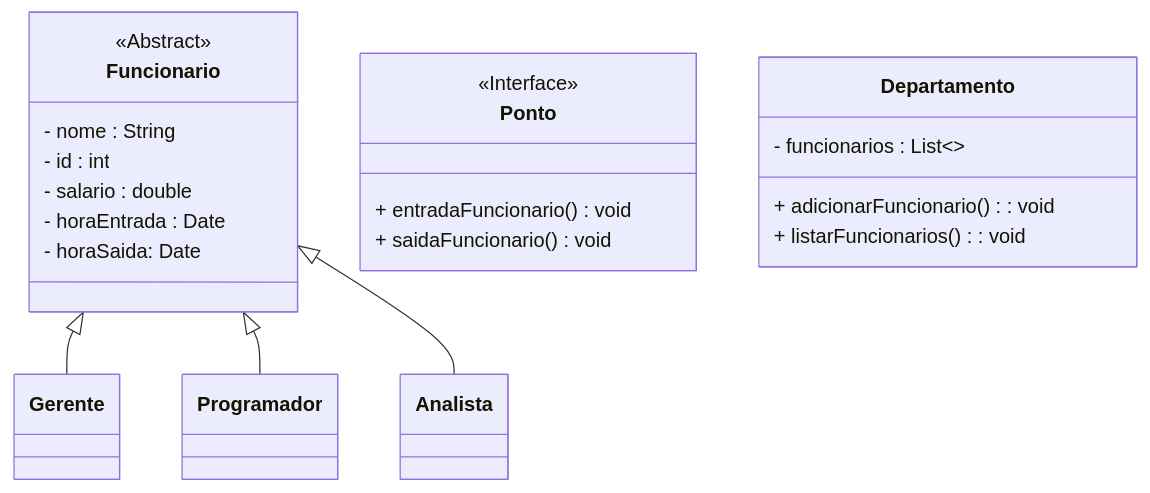
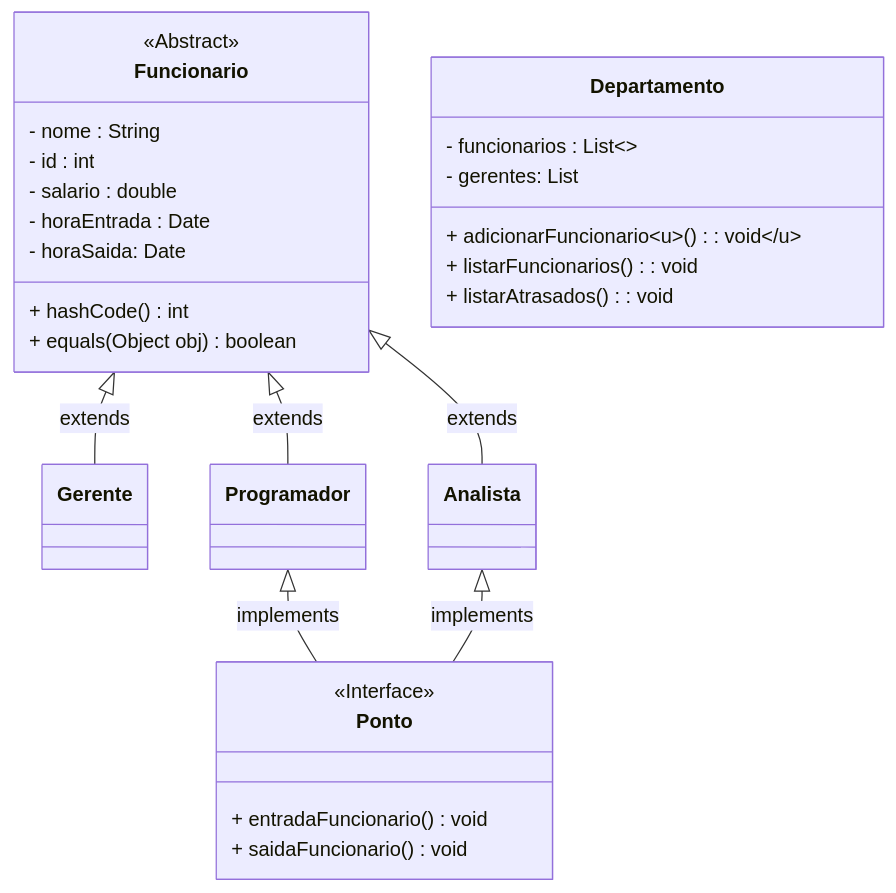
Before and after one commit to gabuh/lp1a3: the diagram in A4/README.md, drawn with Mermaid. The commit also changed other lines of this file, not shown here.

````diff
--- a/A4/README.md
+++ b/A4/README.md
@@ -27,44 +28,52 @@
 ```mermaid
 classDiagram
 
 class Funcionario{
   <<Abstract>>
   - nome : String
   - id : int
   - salario : double
   - horaEntrada : Date
   - horaSaida: Date
+
+  + hashCode() int
+  + equals(Object obj) boolean
 }
 
 class Gerente{
   
 }
 
 class Programador{
   
 }
 
 class Analista{
   
 }
 
 class Ponto{
   <<Interface>>
   + entradaFuncionario() void
   + saidaFuncionario() void
 }
 
 class Departamento{
   - funcionarios : List<>
+  - gerentes: List
   
-  + adicionarFuncionario() : void 
+  + adicionarFuncionario<U>() : void 
   + listarFuncionarios() : void
+  + listarAtrasados(): void
   
 }
 
-Funcionario <|-- Gerente
-Funcionario <|-- Programador
-Funcionario <|-- Analista
+Funcionario <|-- Gerente : extends
+Funcionario <|-- Programador : extends
+Funcionario <|-- Analista : extends
+
+Programador <|-- Ponto : implements
+Analista <|-- Ponto : implements
 
 
 ```
````
